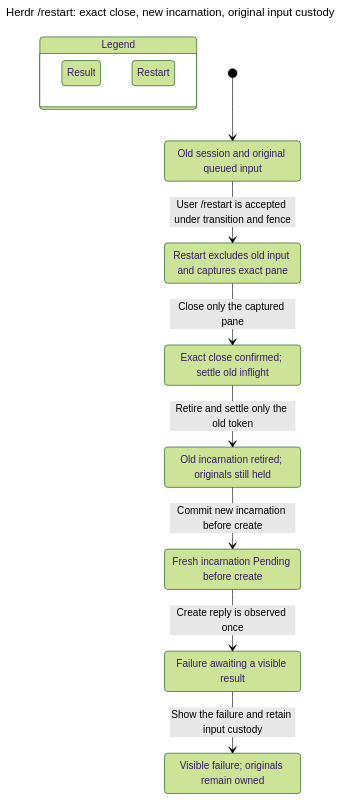
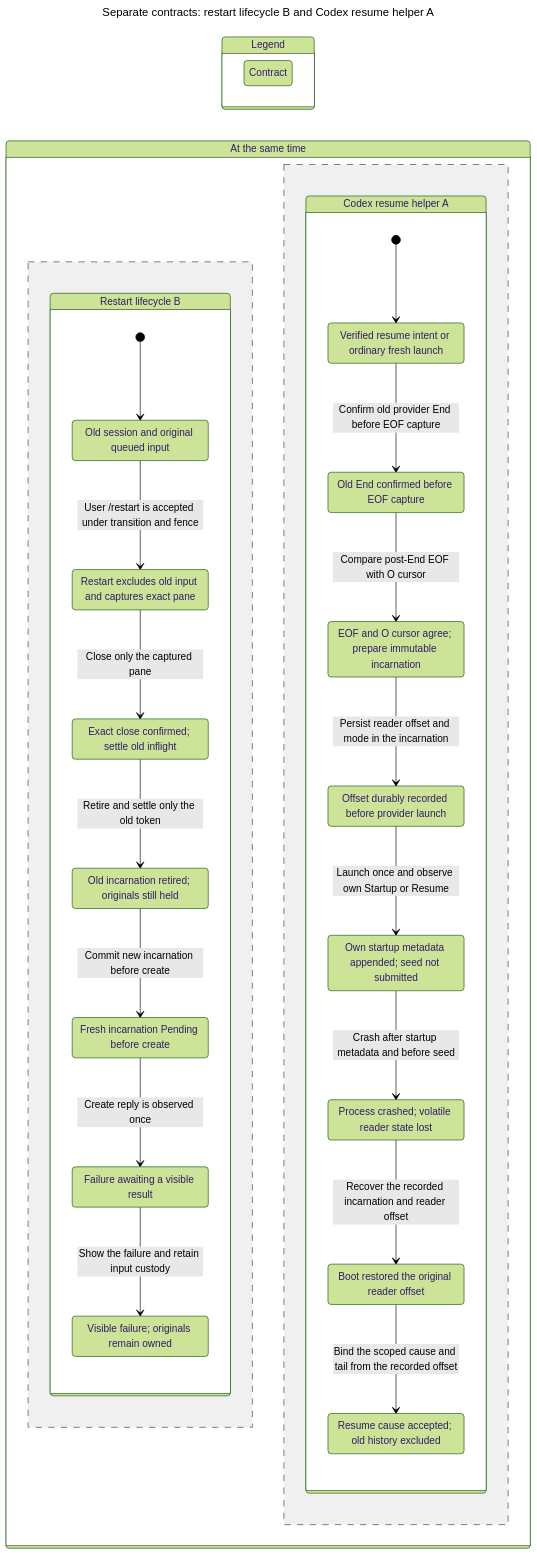
The diagram in docs/statecharts/session-lifecycle/herdr-restart-CreateUnconfirmed.chart.mmd (itismyfield/AgentDesk), drawn with Mermaid (forest theme) before and after one commit. The commit also changed 185 other files, not shown here.

First line of the commit message:
feat: preserve explicit Codex Herdr resume boundaries

```diff
--- a/docs/statecharts/session-lifecycle/herdr-restart-CreateUnconfirmed.chart.mmd
+++ b/docs/statecharts/session-lifecycle/herdr-restart-CreateUnconfirmed.chart.mmd
@@ -1,31 +1,61 @@
 ---
-title: "Herdr /restart: exact close, new incarnation, original input custody"
+title: "Separate contracts: restart lifecycle B and Codex resume helper A"
 ---
 stateDiagram-v2
+  direction LR
   state "Legend" as legend {
-    lg0: Result
-    lg1: Restart
+    lg0: Contract
   }
-  class lg0 teal
-  class lg1 blue
-  s0: Old session and original queued input
-  s1: Restart excludes old input and captures exact pane
-  s2: Exact close confirmed#59; settle old inflight
-  s3: Old incarnation retired#59; originals still held
-  s4: Fresh incarnation Pending before create
-  s5: Failure awaiting a visible result
-  s6: Visible failure#59; originals remain owned
-  [*] --> s0
-  s0 --> s1: User /restart is accepted under transition and fence
-  s1 --> s2: Close only the captured pane
-  s2 --> s3: Retire and settle only the old token
-  s3 --> s4: Commit new incarnation before create
-  s4 --> s5: Create reply is observed once
-  s5 --> s6: Show the failure and retain input custody
+  class lg0 blue
+  state "At the same time" as all {
+    state "Restart lifecycle B" as r0 {
+      s0: Old session and original queued input
+      s1: Restart excludes old input and captures exact pane
+      s2: Exact close confirmed#59; settle old inflight
+      s3: Old incarnation retired#59; originals still held
+      s4: Fresh incarnation Pending before create
+      s5: Failure awaiting a visible result
+      s6: Visible failure#59; originals remain owned
+      [*] --> s0
+      s0 --> s1: User /restart is accepted under transition and fence
+      s1 --> s2: Close only the captured pane
+      s2 --> s3: Retire and settle only the old token
+      s3 --> s4: Commit new incarnation before create
+      s4 --> s5: Create reply is observed once
+      s5 --> s6: Show the failure and retain input custody
+    }
+    --
+    state "Codex resume helper A" as r1 {
+      s7: Verified resume intent or ordinary fresh launch
+      s8: Old End confirmed before EOF capture
+      s9: EOF and O cursor agree#59; prepare immutable incarnation
+      s10: Offset durably recorded before provider launch
+      s11: Own startup metadata appended#59; seed not submitted
+      s12: Process crashed#59; volatile reader state lost
+      s13: Boot restored the original reader offset
+      s14: Resume cause accepted#59; old history excluded
+      [*] --> s7
+      s7 --> s8: Confirm old provider End before EOF capture
+      s8 --> s9: Compare post-End EOF with O cursor
+      s9 --> s10: Persist reader offset and mode in the incarnation
+      s10 --> s11: Launch once and observe own Startup or Resume
+      s11 --> s12: Crash after startup metadata and before seed
+      s12 --> s13: Recover the recorded incarnation and reader offset
+      s13 --> s14: Bind the scoped cause and tail from the recorded offset
+    }
+  }
   class s0 blue
   class s1 blue
   class s2 blue
   class s3 blue
   class s4 blue
   class s5 blue
-  class s6 teal
+  class s6 blue
+  class s7 blue
+  class s8 blue
+  class s9 blue
+  class s10 blue
+  class s11 blue
+  class s12 blue
+  class s13 blue
+  class s14 blue
```
